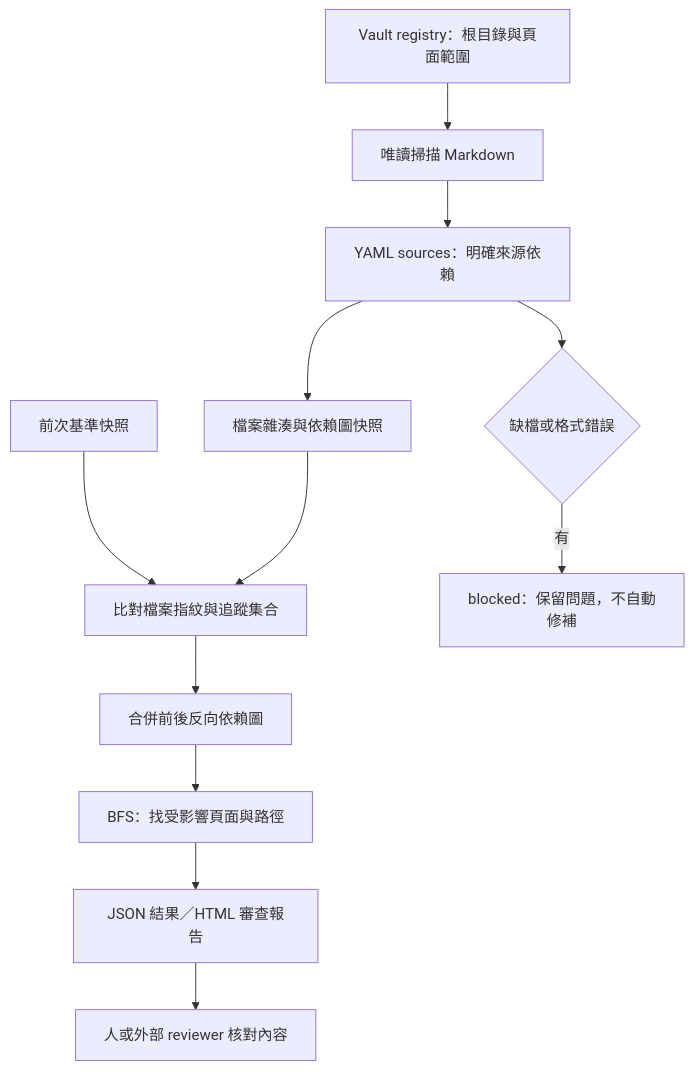
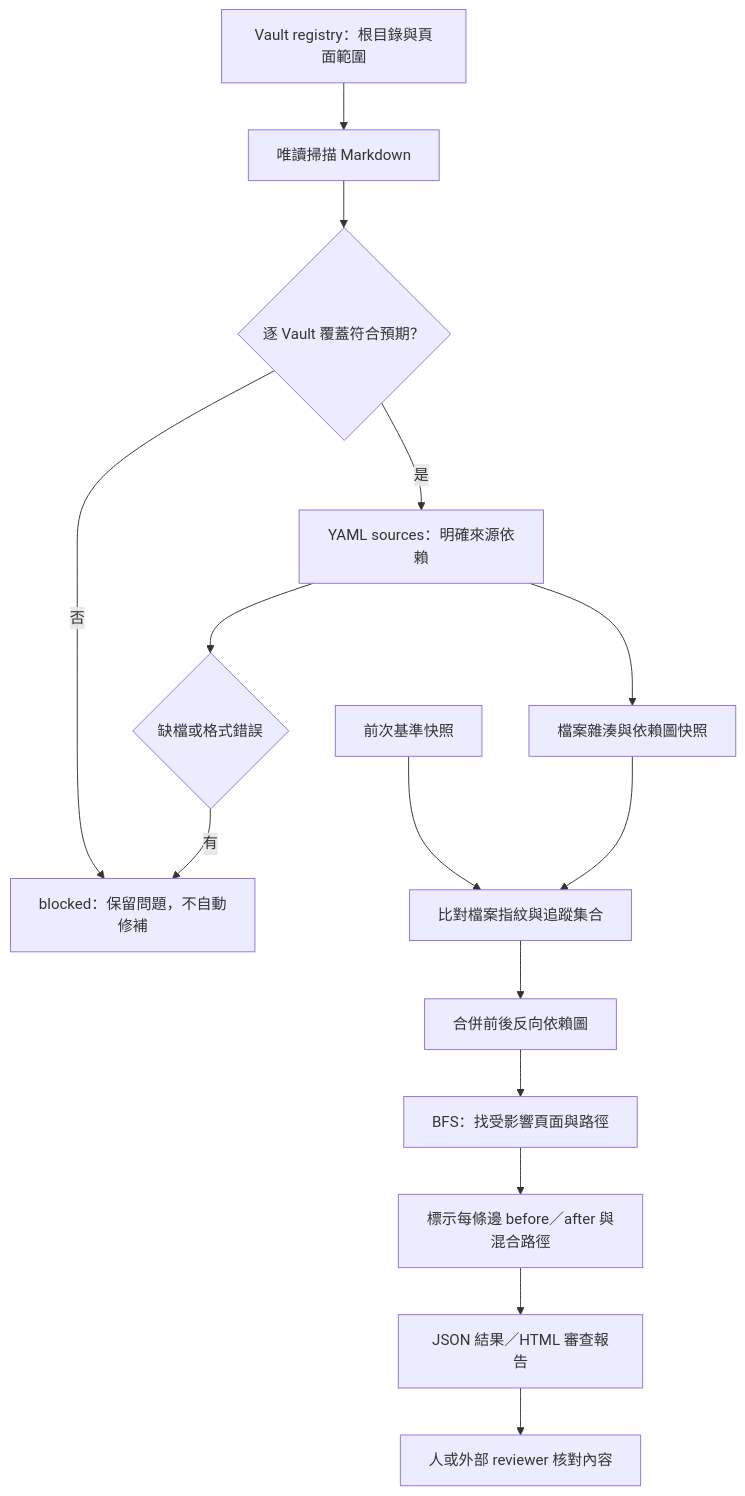
The first of 2 diagrams in README.md (minxinchen/wiki-change-impact), drawn with Mermaid before and after one commit. The commit also changed other lines of this file and 9 other files, not shown here.

````diff
--- a/README.md
+++ b/README.md
@@ -116,14 +140,17 @@
 ```mermaid
 flowchart TD
     A[Vault registry：根目錄與頁面範圍] --> B[唯讀掃描 Markdown]
-    B --> C[YAML sources：明確來源依賴]
+    B --> BC{逐 Vault 覆蓋符合預期？}
+    BC -->|否| L[blocked：明示空範圍]
+    BC -->|是| C[YAML sources：明確來源依賴]
     C --> D[檔案雜湊與依賴圖快照]
     E[前次基準快照] --> F[比對檔案指紋與追蹤集合]
     D --> F
     F --> G[合併前後反向依賴圖]
     G --> H[BFS：找受影響頁面與路徑]
-    H --> I[JSON 結果／HTML 審查報告]
+    H --> HV[標示每條邊 before／after 與混合路徑]
+    HV --> I[JSON 結果／HTML 審查報告]
     I --> J[人或外部 reviewer 核對內容]
     C --> K{缺檔或格式錯誤}
     K -->|有| L[blocked：保留問題，不自動修補]
 ```
````
